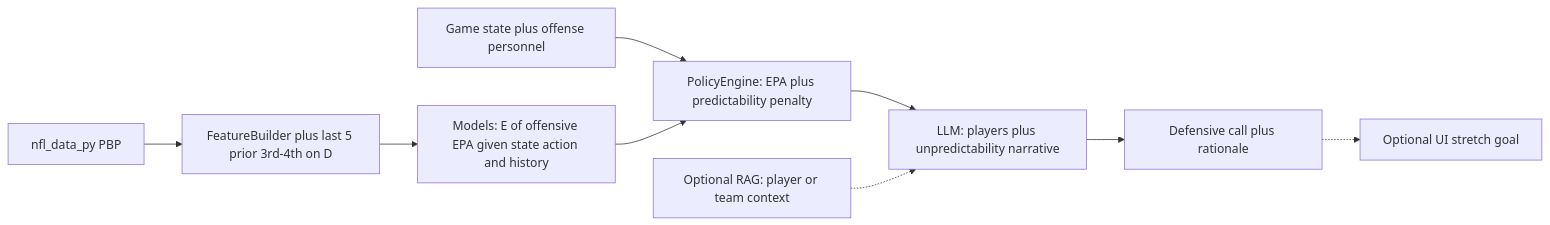
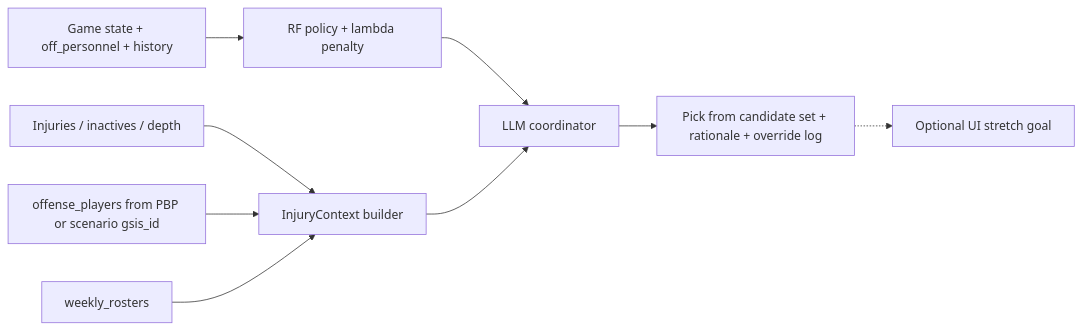
One commit to alexanderbelfiore/CS153-Final-Project changed the diagram in cs153_defensive_assistant_plan.md. Above: the diagram before and after it, drawn with Mermaid. The commit also changed other lines of this file and 3 other files, not shown here.

Commit message:
add player data for LLM call

````diff
--- a/cs153_defensive_assistant_plan.md
+++ b/cs153_defensive_assistant_plan.md
@@ -77,11 +77,11 @@
 ```mermaid
 flowchart LR
-  playData[nfl_data_py PBP] --> featureBuilder[FeatureBuilder plus last 5 prior 3rd-4th on D]
-  featureBuilder --> outcomeModels[Models: E of offensive EPA given state action and history]
-  gameStateInput[Game state plus offense personnel] --> policyEngine[PolicyEngine: EPA plus predictability penalty]
-  outcomeModels --> policyEngine
-  policyEngine --> llmCoordinator[LLM: players plus unpredictability narrative]
-  optionalRAG[Optional RAG: player or team context] -.-> llmCoordinator
-  llmCoordinator --> recommendation[Defensive call plus rationale]
-  recommendation -.-> optionalUI[Optional UI stretch goal]
+  state[Game state + off_personnel + history] --> RF[RF policy + lambda penalty]
+  injuries[Injuries / inactives / depth] --> ctx[InjuryContext builder]
+  pbpIds[offense_players from PBP or scenario gsis_id] --> ctx
+  rosters[weekly_rosters] --> ctx
+  RF --> llm[LLM coordinator]
+  ctx --> llm
+  llm --> out[Pick from candidate set + rationale + override log]
+  out -.-> optionalUI[Optional UI stretch goal]
 ```
````
